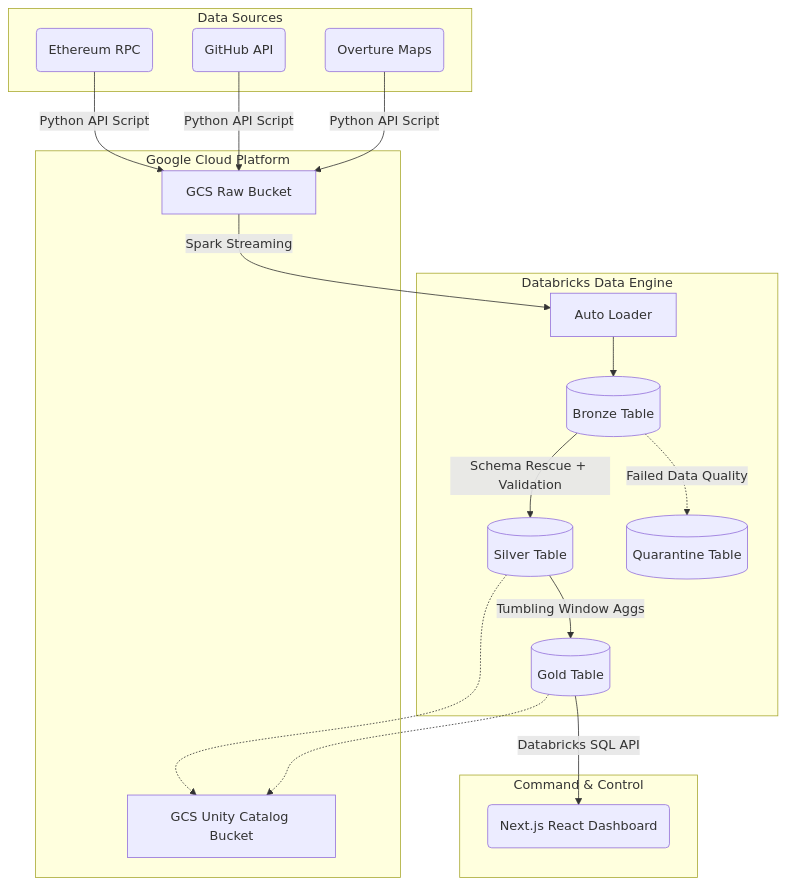
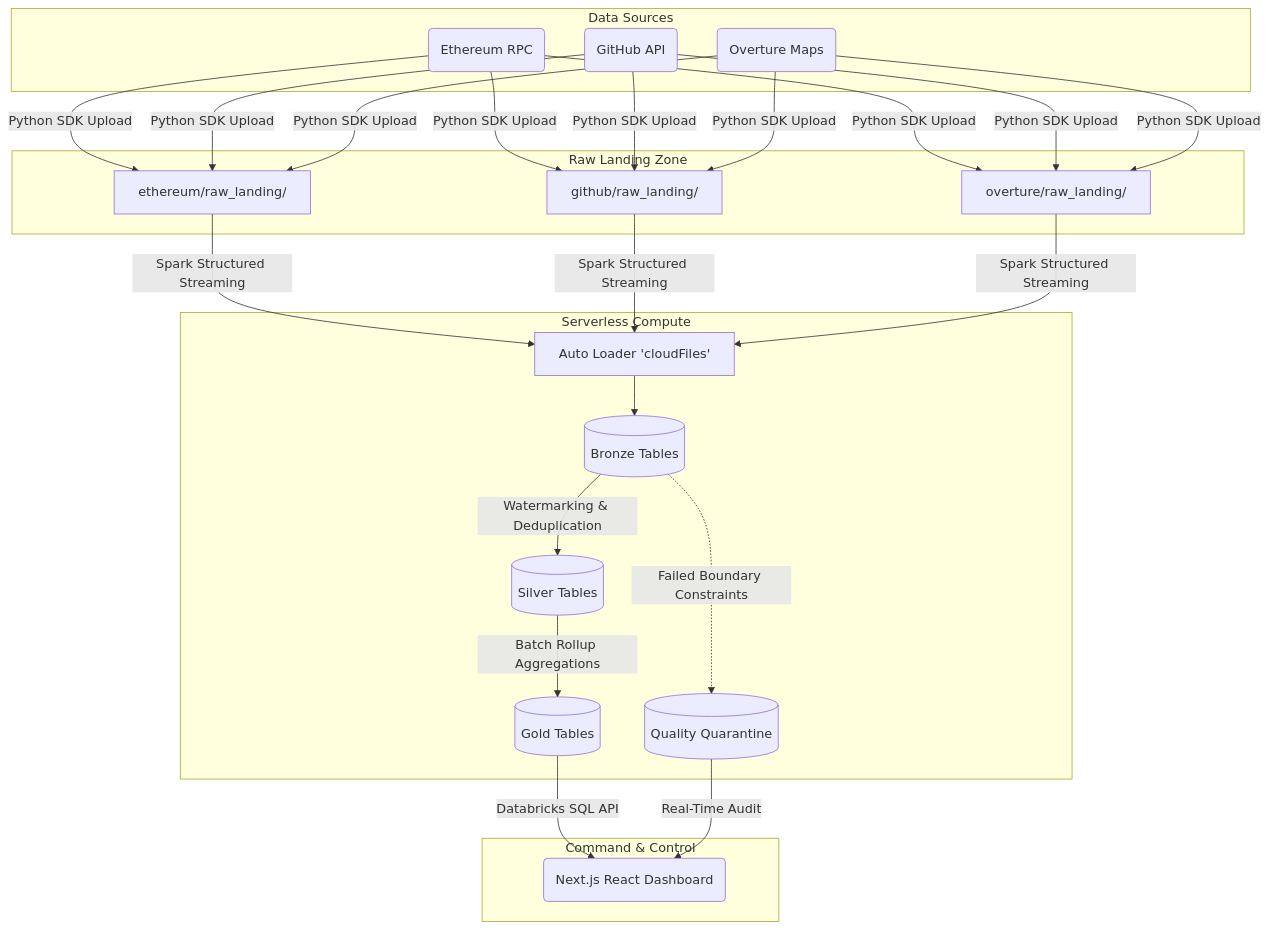
The diagram in README.md (iamdpsingh/Enterprise-Databricks-Lakehouse-Real-Time-Data-Intelligence-Platform), drawn with Mermaid before and after one commit. The commit also changed other lines of this file, not shown here.

Commit message:
docs: Rewrite primary README.md to match advanced Databricks Medallion architecture, Unity Catalog Volume streaming, and Gold layer UI optimizations

````diff
--- a/README.md
+++ b/README.md
@@ -20,35 +20,35 @@
 ```mermaid
 flowchart TD
     subgraph Data Sources
         ETH(Ethereum RPC)
         GH(GitHub API)
         OV(Overture Maps)
     end
 
-    subgraph GCP [Google Cloud Platform]
-        GCS_RAW[GCS Raw Bucket]
-        GCS_UC[GCS Unity Catalog Bucket]
+    subgraph Databricks Unity Catalog Volumes [Raw Landing Zone]
+        VOL_ETH[ethereum/raw_landing/]
+        VOL_GH[github/raw_landing/]
+        VOL_OV[overture/raw_landing/]
     end
 
-    subgraph Databricks [Databricks Data Engine]
-        AL[Auto Loader]
-        BRONZE[(Bronze Table)]
-        SILVER[(Silver Table)]
-        GOLD[(Gold Table)]
-        QUARANTINE[(Quarantine Table)]
+    subgraph Databricks Data Engine [Serverless Compute]
+        AL[Auto Loader 'cloudFiles']
+        BRONZE[(Bronze Tables)]
+        SILVER[(Silver Tables)]
+        GOLD[(Gold Tables)]
+        QUARANTINE[(Quality Quarantine)]
     end
 
     subgraph Operations [Command & Control]
         NEXT(Next.js React Dashboard)
     end
 
-    ETH & GH & OV -->|Python API Script| GCS_RAW
-    GCS_RAW -->|Spark Streaming| AL
+    ETH & GH & OV -->|Python SDK Upload| VOL_ETH & VOL_GH & VOL_OV
+    VOL_ETH & VOL_GH & VOL_OV -->|Spark Structured Streaming| AL
     AL --> BRONZE
-    BRONZE -->|Schema Rescue + Validation| SILVER
-    SILVER -->|Tumbling Window Aggs| GOLD
-    BRONZE -.->|Failed Data Quality| QUARANTINE
+    BRONZE -->|Watermarking & Deduplication| SILVER
+    BRONZE -.->|Failed Boundary Constraints| QUARANTINE
+    SILVER -->|Batch Rollup Aggregations| GOLD
     GOLD -->|Databricks SQL API| NEXT
-    SILVER -.-> GCS_UC
-    GOLD -.-> GCS_UC
+    QUARANTINE -->|Real-Time Audit| NEXT
 ```
````
